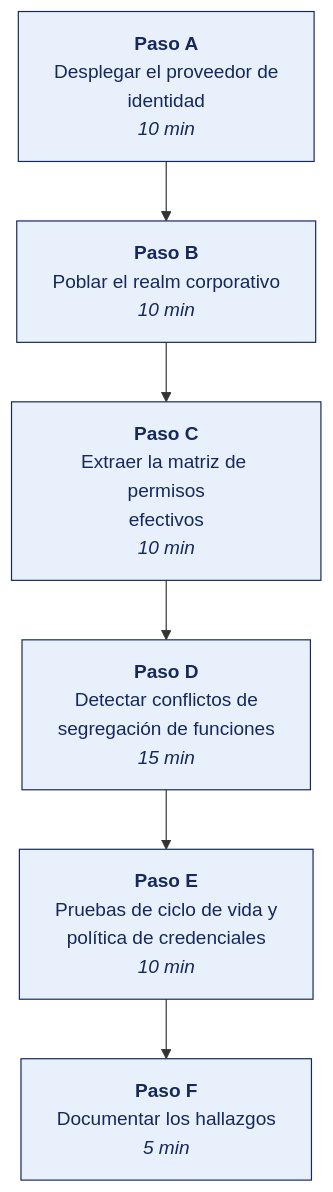
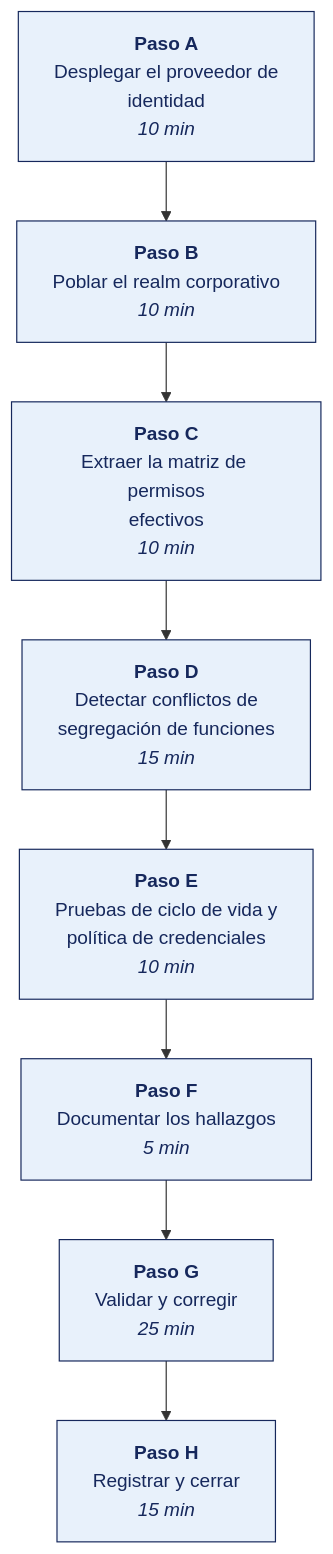
Before and after one commit to OscarJimenezFlores/Auditoria: the diagram in SEMANA-02/3-TALLER.md, drawn with Mermaid. The commit also changed other lines of this file and 23 other files, not shown here.

````diff
--- a/SEMANA-02/3-TALLER.md
+++ b/SEMANA-02/3-TALLER.md
@@ -13,12 +13,14 @@
 ```mermaid
 flowchart TD
     PA["<b>Paso A</b><br/>Desplegar el proveedor de<br/>identidad<br/><i>10 min</i>"]
     PB["<b>Paso B</b><br/>Poblar el realm corporativo<br/><i>10 min</i>"]
     PC["<b>Paso C</b><br/>Extraer la matriz de permisos<br/>efectivos<br/><i>10 min</i>"]
     PD["<b>Paso D</b><br/>Detectar conflictos de<br/>segregación de funciones<br/><i>15 min</i>"]
     PE["<b>Paso E</b><br/>Pruebas de ciclo de vida y<br/>política de credenciales<br/><i>10 min</i>"]
     PF["<b>Paso F</b><br/>Documentar los hallazgos<br/><i>5 min</i>"]
-    PA --> PB --> PC --> PD --> PE --> PF
+    PG["<b>Paso G</b><br/>Validar y corregir<br/><i>25 min</i>"]
+    PH["<b>Paso H</b><br/>Registrar y cerrar<br/><i>15 min</i>"]
+    PA --> PB --> PC --> PD --> PE --> PF --> PG --> PH
     classDef paso fill:#E8F1FB,stroke:#16285C,stroke-width:1px,color:#16285C;
-    class PA,PB,PC,PD,PE,PF paso;
+    class PA,PB,PC,PD,PE,PF,PG,PH paso;
 ```
````
